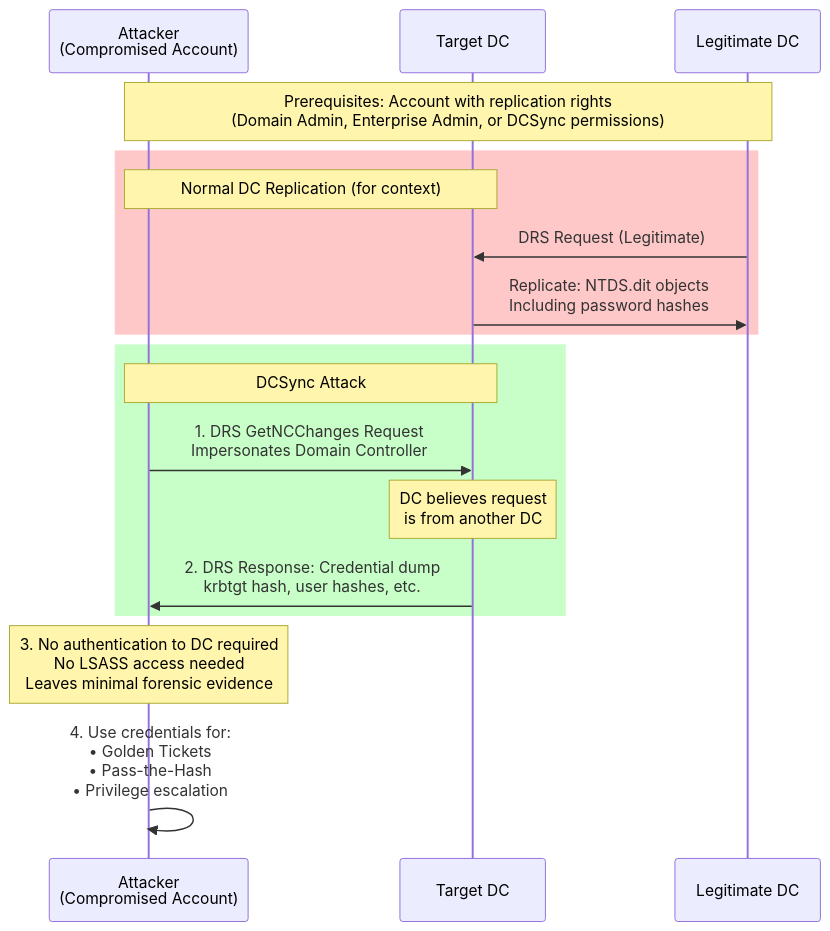
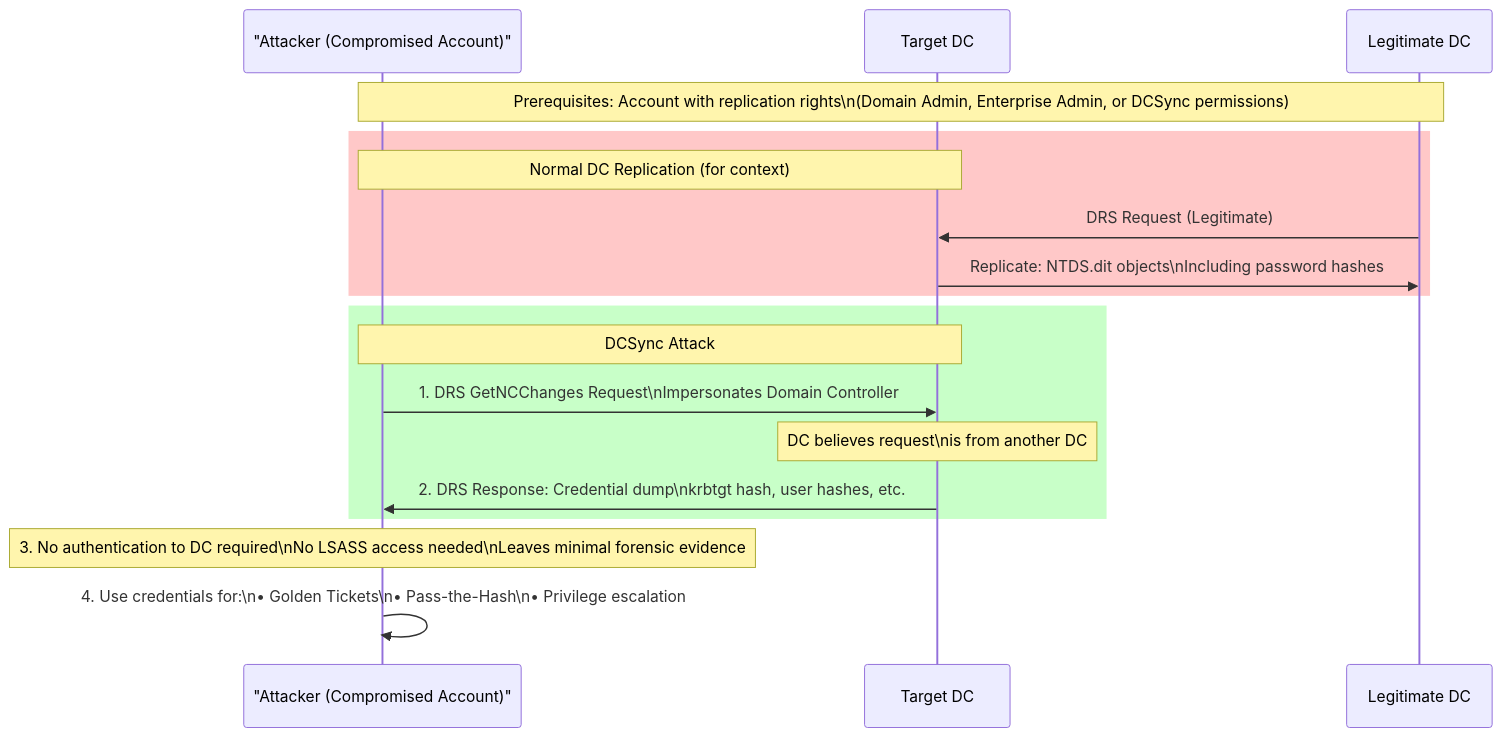
One commit to Maverick-sudo/Academy-WebApp changed diagram 26 of 27 in content/study-notes/security/ethical-hacking/ActiveDirectoryPentest.md. Above: the diagram before and after it, drawn with Mermaid. The commit also changed other lines of this file and 204 other files, not shown here.

````diff
--- a/content/study-notes/security/ethical-hacking/ActiveDirectoryPentest.md
+++ b/content/study-notes/security/ethical-hacking/ActiveDirectoryPentest.md
@@ -5280,25 +5280,25 @@
 ```mermaid
 sequenceDiagram
-    participant A as Attacker<br/>(Compromised Account);
-    participant DC1 as Target DC;
-    participant DC2 as Legitimate DC;
+    participant A as "Attacker (Compromised Account)"
+    participant DC1 as Target DC
+    participant DC2 as Legitimate DC
     
-    Note over A,DC2: Prerequisites: Account with replication rights<br/>(Domain Admin, Enterprise Admin, or DCSync permissions)
+    Note over A,DC2: Prerequisites: Account with replication rights\n(Domain Admin, Enterprise Admin, or DCSync permissions)
     
     rect rgb(255, 200, 200)
         Note over A,DC1: Normal DC Replication (for context)
         DC2->>DC1: DRS Request (Legitimate)
-        DC1->>DC2: Replicate: NTDS.dit objects<br/>Including password hashes
+        DC1->>DC2: Replicate: NTDS.dit objects\nIncluding password hashes
     end
     
     rect rgb(200, 255, 200)
         Note over A,DC1: DCSync Attack
-        A->>DC1: 1. DRS GetNCChanges Request<br/>Impersonates Domain Controller
-        Note over DC1: DC believes request<br/>is from another DC
-        DC1->>A: 2. DRS Response: Credential dump<br/>krbtgt hash, user hashes, etc.
+        A->>DC1: 1. DRS GetNCChanges Request\nImpersonates Domain Controller
+        Note over DC1: DC believes request\nis from another DC
+        DC1->>A: 2. DRS Response: Credential dump\nkrbtgt hash, user hashes, etc.
     end
     
-    Note over A: 3. No authentication to DC required<br/>No LSASS access needed<br/>Leaves minimal forensic evidence
+    Note over A: 3. No authentication to DC required\nNo LSASS access needed\nLeaves minimal forensic evidence
     
-    A->>A: 4. Use credentials for:<br/>• Golden Tickets<br/>• Pass-the-Hash<br/>• Privilege escalation
+    A->>A: 4. Use credentials for:\n• Golden Tickets\n• Pass-the-Hash\n• Privilege escalation
 ```
````
